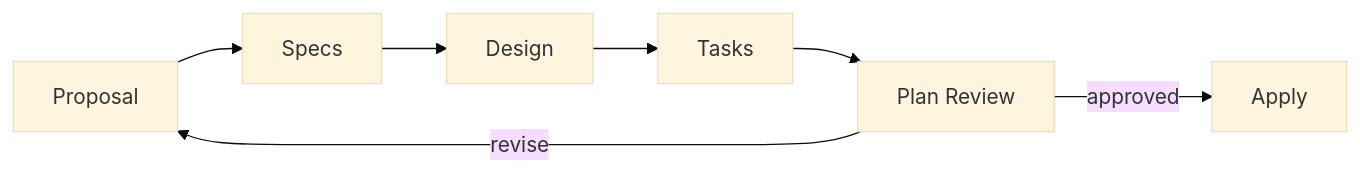
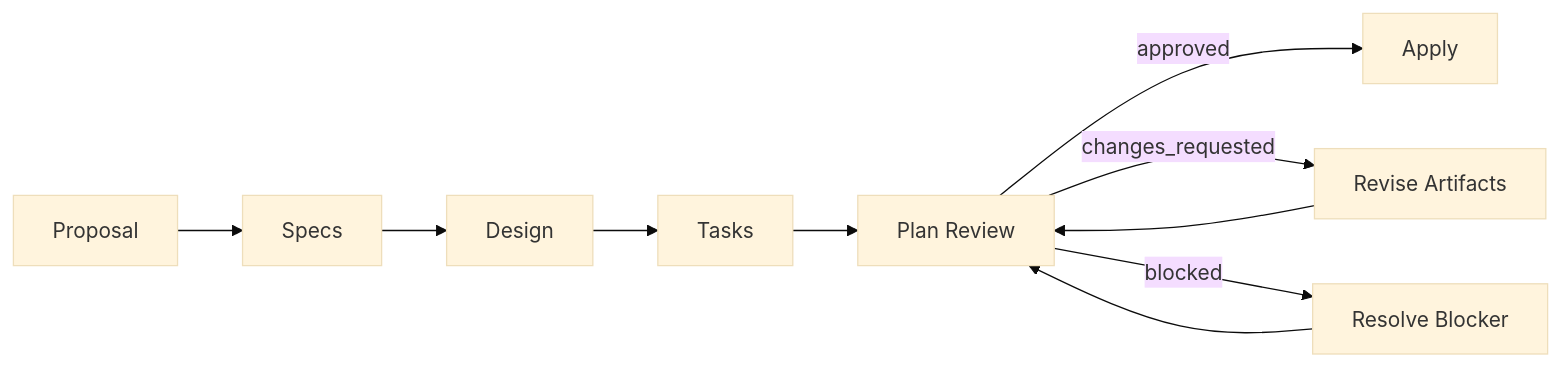
Before and after one commit to mols3131d/hmda-data-reliability: the diagram in openspec/schemas/spec-driven-tdd/README.md, drawn with Mermaid (base theme). The commit also changed other lines of this file, not shown here.

Commit message:
docs: schema README 이식성 및 workflow 수정

````diff
--- a/openspec/schemas/spec-driven-tdd/README.md
+++ b/openspec/schemas/spec-driven-tdd/README.md
@@ -5,9 +5,12 @@
 ```mermaid
 flowchart LR
     P[Proposal] --> S[Specs]
     S --> D[Design]
     D --> T[Tasks]
     T --> R[Plan Review]
     R -->|approved| A[Apply]
-    R -->|revise| P
+    R -->|changes_requested| U[Revise Artifacts]
+    U --> R
+    R -->|blocked| B[Resolve Blocker]
+    B --> R
 ```
````
